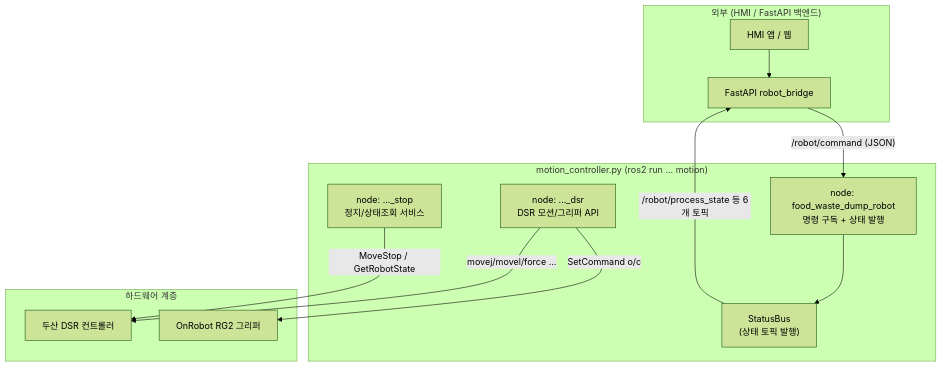
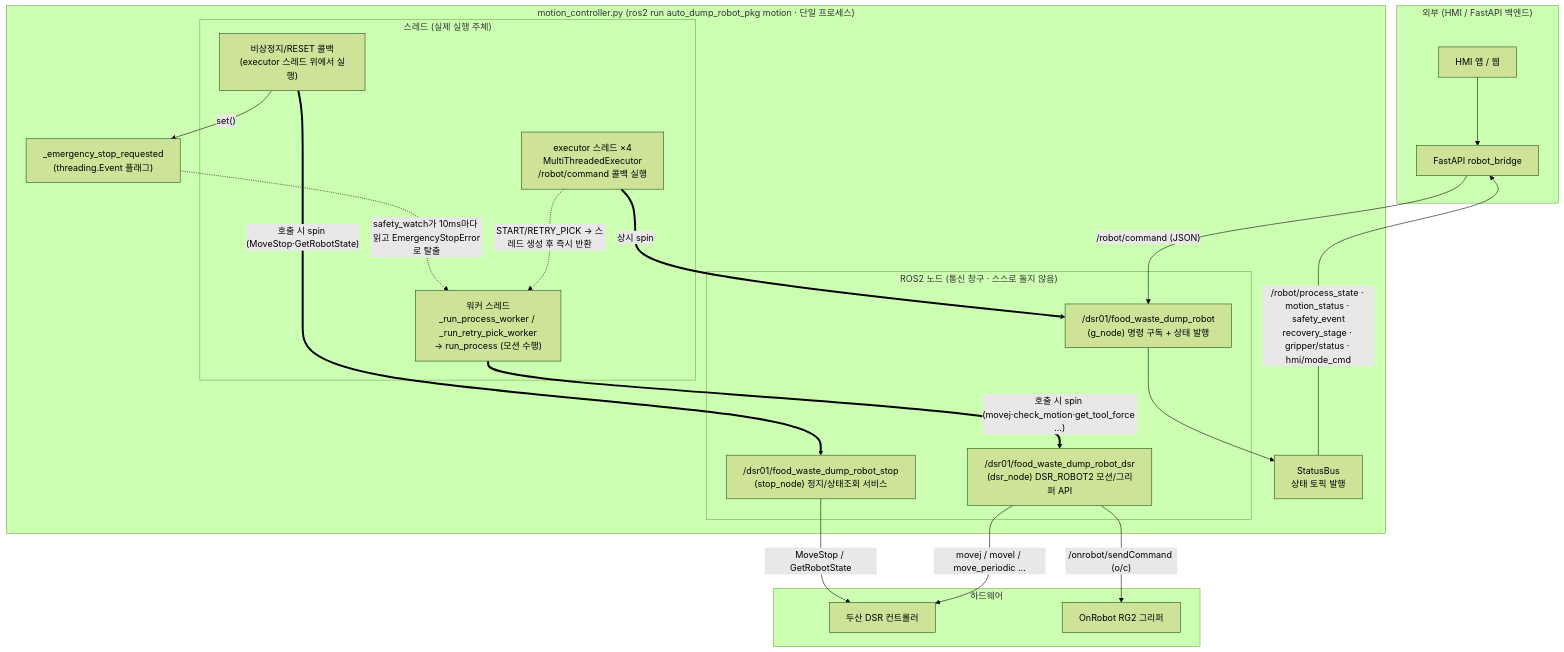
One commit to Rokey-B-4/auto-dump-bot changed the first of 10 diagrams in code/robot_ws/src/auto_dump_robot_pkg/docs/motion_controller_분석.md. Above: the diagram before and after it, drawn with Mermaid (forest theme). The commit also changed other lines of this file and 7 other files, not shown here.

````diff
--- a/code/robot_ws/src/auto_dump_robot_pkg/docs/motion_controller_분석.md
+++ b/code/robot_ws/src/auto_dump_robot_pkg/docs/motion_controller_분석.md
@@ -31,27 +37,44 @@
 ```mermaid
 flowchart TB
     subgraph EXT["외부 (HMI / FastAPI 백엔드)"]
         HMI["HMI 앱 / 웹"]
         BE["FastAPI robot_bridge"]
     end
 
-    subgraph MC["motion_controller.py (ros2 run ... motion)"]
-        CMDNODE["node: food_waste_dump_robot<br/>명령 구독 + 상태 발행"]
-        DSRNODE["node: ..._dsr<br/>DSR 모션/그리퍼 API"]
-        STOPNODE["node: ..._stop<br/>정지/상태조회 서비스"]
-        SB["StatusBus<br/>(상태 토픽 발행)"]
+    subgraph MC["motion_controller.py (ros2 run auto_dump_robot_pkg motion · 단일 프로세스)"]
+        subgraph THREADS["스레드 (실제 실행 주체)"]
+            EXEC["executor 스레드 ×4<br/>MultiThreadedExecutor<br/>/robot/command 콜백 실행"]
+            WORKER["워커 스레드<br/>_run_process_worker / _run_retry_pick_worker<br/>→ run_process (모션 수행)"]
+            EMER["비상정지/RESET 콜백<br/>(executor 스레드 위에서 실행)"]
+        end
+        subgraph NODES["ROS2 노드 (통신 창구 · 스스로 돌지 않음)"]
+            CMDNODE["/dsr01/food_waste_dump_robot<br/>(g_node) 명령 구독 + 상태 발행"]
+            DSRNODE["/dsr01/food_waste_dump_robot_dsr<br/>(dsr_node) DSR_ROBOT2 모션/그리퍼 API"]
+            STOPNODE["/dsr01/food_waste_dump_robot_stop<br/>(stop_node) 정지/상태조회 서비스"]
+        end
+        FLAG["_emergency_stop_requested<br/>(threading.Event 플래그)"]
+        SB["StatusBus<br/>상태 토픽 발행"]
     end
 
-    subgraph HW["하드웨어 계층"]
+    subgraph HW["하드웨어"]
         DSR["두산 DSR 컨트롤러"]
         RG2["OnRobot RG2 그리퍼"]
     end
 
     HMI --> BE
     BE -->|"/robot/command (JSON)"| CMDNODE
     CMDNODE --> SB
-    SB -->|"/robot/process_state 등 6개 토픽"| BE
-    DSRNODE -->|"movej/movel/force ..."| DSR
-    DSRNODE -->|"SetCommand o/c"| RG2
+    SB -->|"/robot/process_state · motion_status · safety_event<br/>recovery_stage · gripper/status · hmi/mode_cmd"| BE
+
+    EXEC ==>|"상시 spin"| CMDNODE
+    EXEC -.->|"START/RETRY_PICK → 스레드 생성 후 즉시 반환"| WORKER
+    WORKER ==>|"호출 시 spin (movej·check_motion·get_tool_force ...)"| DSRNODE
+    EMER ==>|"호출 시 spin (MoveStop·GetRobotState)"| STOPNODE
+
+    EMER -->|"set()"| FLAG
+    FLAG -.->|"safety_watch가 10ms마다 읽고 EmergencyStopError로 탈출"| WORKER
+
+    DSRNODE -->|"movej / movel / move_periodic ..."| DSR
+    DSRNODE -->|"/onrobot/sendCommand (o/c)"| RG2
     STOPNODE -->|"MoveStop / GetRobotState"| DSR
 ```
````
